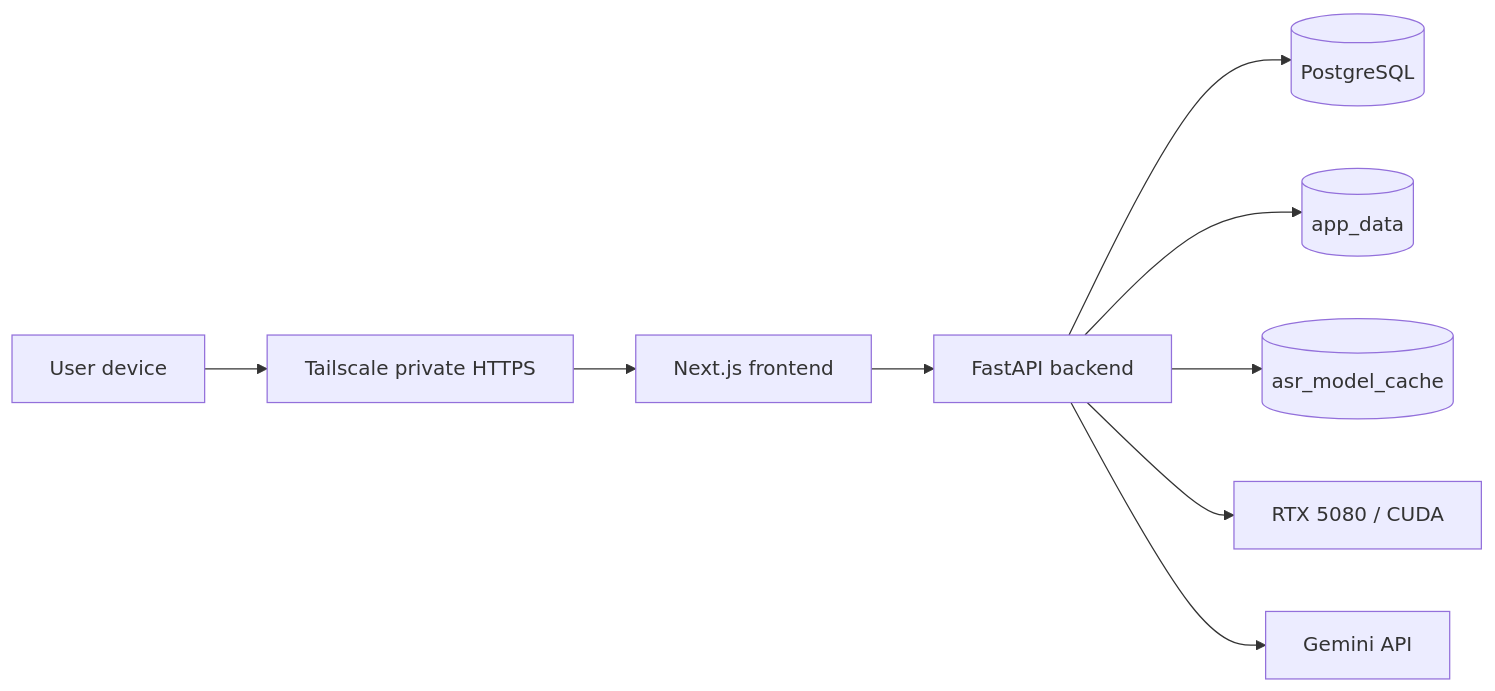
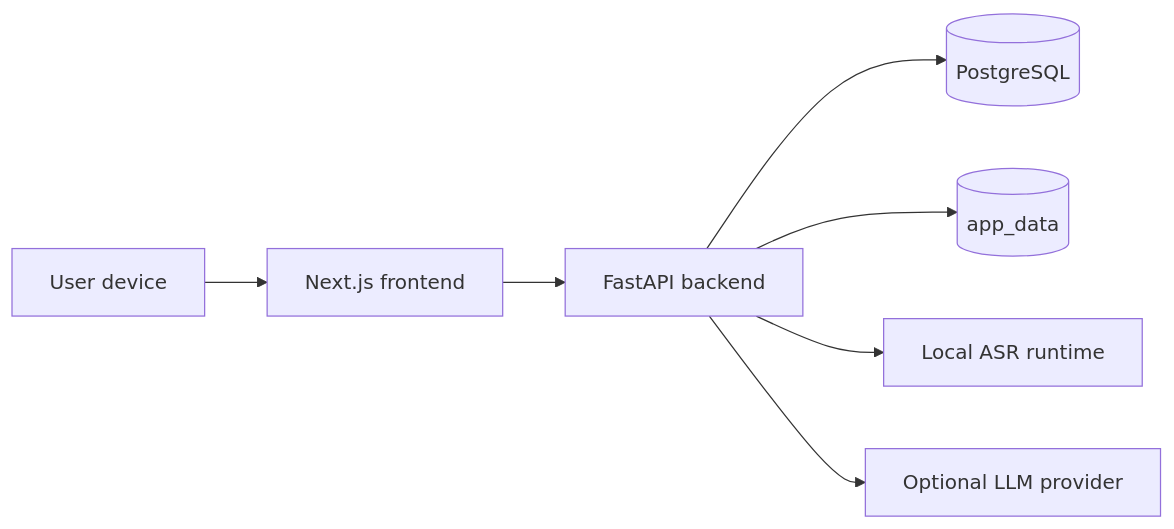
Before and after one commit to JasonLn0711/trace_itself: the diagram in README.md, drawn with Mermaid. The commit also changed other lines of this file and 35 other files, not shown here.

````diff
--- a/README.md
+++ b/README.md
@@ -89,11 +114,9 @@
 ```mermaid
 flowchart LR
-    U[User device] --> TS[Tailscale private HTTPS]
-    TS --> FE[Next.js frontend]
+    U[User device] --> FE[Next.js frontend]
     FE --> BE[FastAPI backend]
     BE --> DB[(PostgreSQL)]
     BE --> DATA[(app_data)]
-    BE --> CACHE[(asr_model_cache)]
-    BE --> GPU[RTX 5080 / CUDA]
-    BE --> GEM[Gemini API]
+    BE --> ASR[Local ASR runtime]
+    BE --> LLM[Optional LLM provider]
 ```
````
